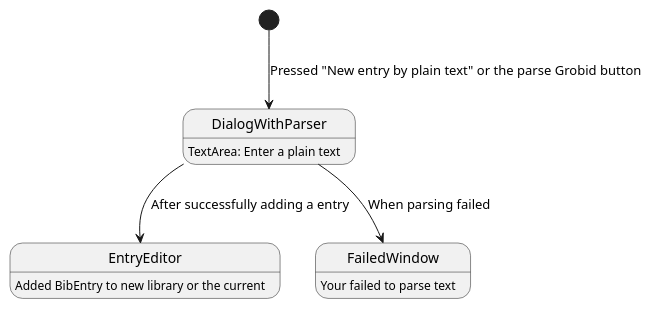
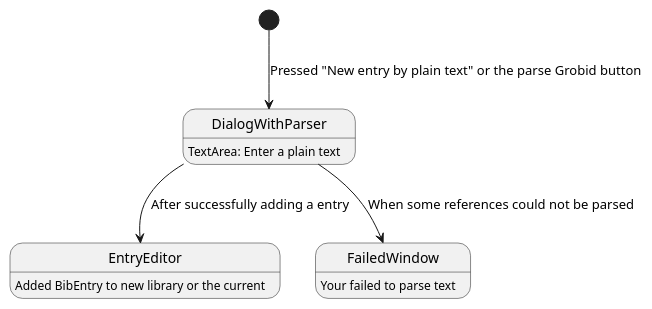
Before and after one commit to JabRef/jabref: the diagram in docs/sweng/TechnicalDocumentation/StateDiagramGUI.puml, drawn with PlantUML. The commit also changed 2 other files, not shown here.

Commit message:
Once more edit the diagrams. Also fixed another bug in the documentation file

```diff
--- a/docs/sweng/TechnicalDocumentation/StateDiagramGUI.puml
+++ b/docs/sweng/TechnicalDocumentation/StateDiagramGUI.puml
@@ -1,16 +1,16 @@
 @startuml
 
 [*] --> DialogWithParser : Pressed "New entry by plain text" or the parse Grobid button
 DialogWithParser: TextArea: Enter a plain text
 DialogWithParser --> EntryEditor : After successfully adding a entry
-DialogWithParser --> FailedWindow : When parsing failed
+DialogWithParser --> FailedWindow : When some references could not be parsed
 FailedWindow : Your failed to parse text
 EntryEditor: Added BibEntry to new library or the current
 
 
 
 
 
 
 
 @enduml
```
